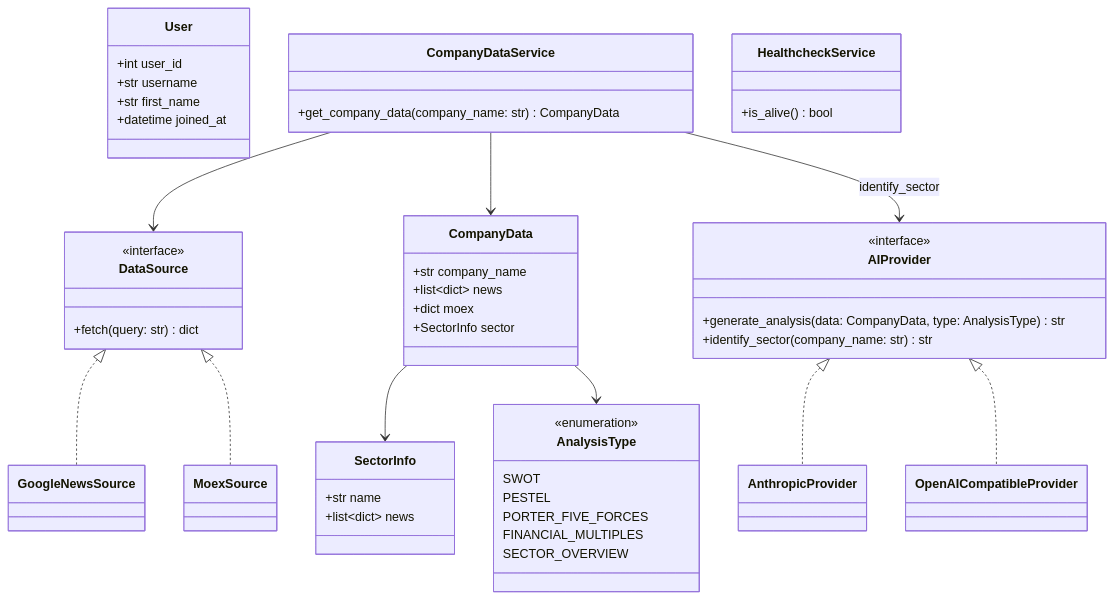
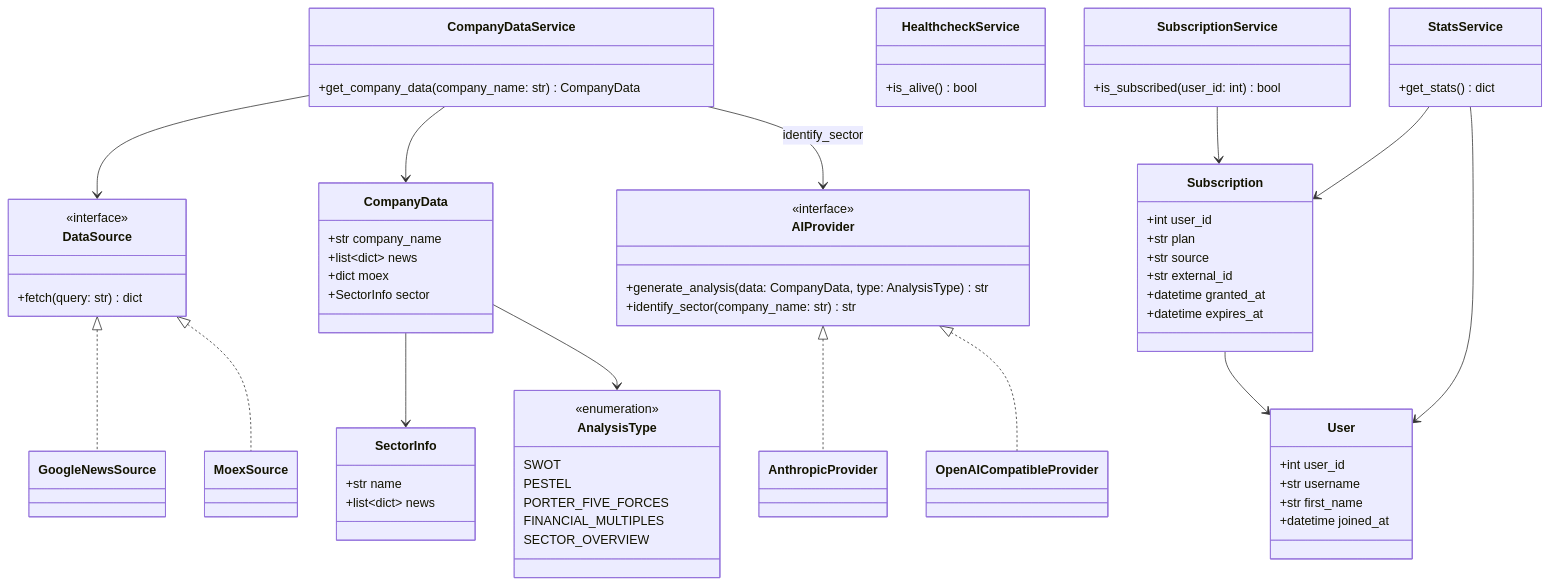
One commit to keshtoim/analysis_for_invest_bot changed the third of 5 diagrams in README.md. Above: the diagram before and after it, drawn with Mermaid. The commit also changed other lines of this file, not shown here.

First line of the commit message:
docs: README/диаграммы под монетизацию, профиль, /stats, санитайзер

````diff
--- a/README.md
+++ b/README.md
@@ -187,6 +240,23 @@
         +is_alive() bool
     }
 
+    class Subscription {
+        +int user_id
+        +str plan
+        +str source
+        +str external_id
+        +datetime granted_at
+        +datetime expires_at
+    }
+
+    class SubscriptionService {
+        +is_subscribed(user_id: int) bool
+    }
+
+    class StatsService {
+        +get_stats() dict
+    }
+
     CompanyDataService --> DataSource
     CompanyDataService --> CompanyData
     CompanyDataService --> AIProvider : identify_sector
@@ -196,4 +266,8 @@
     DataSource <|.. GoogleNewsSource
     DataSource <|.. MoexSource
     CompanyData --> AnalysisType
+    SubscriptionService --> Subscription
+    Subscription --> User
+    StatsService --> User
+    StatsService --> Subscription
 ```
````
